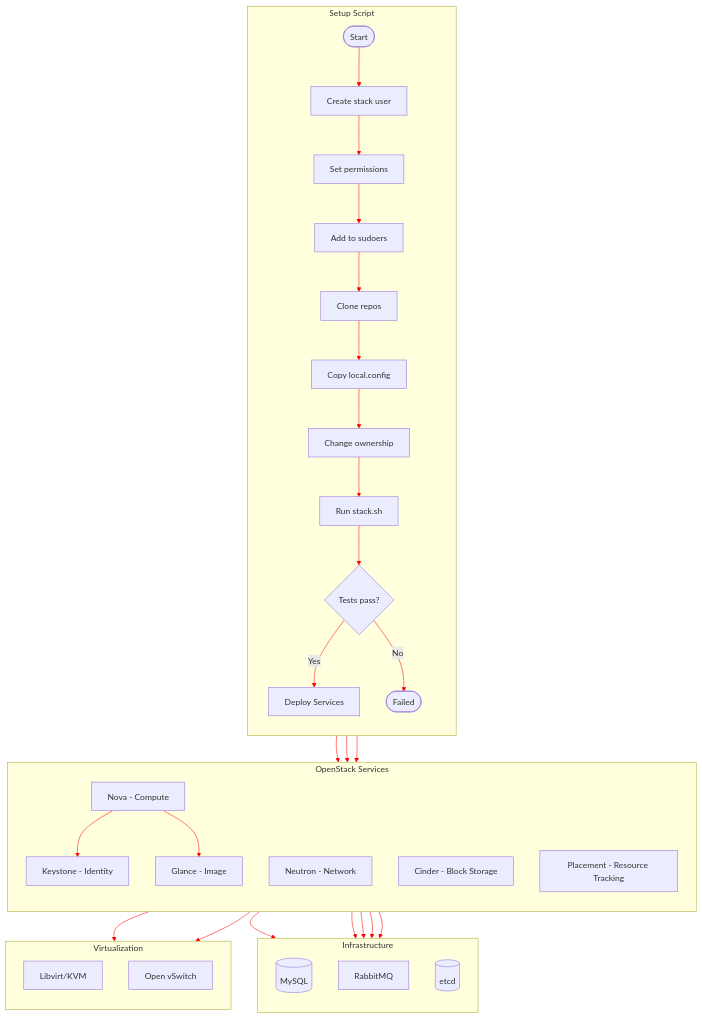
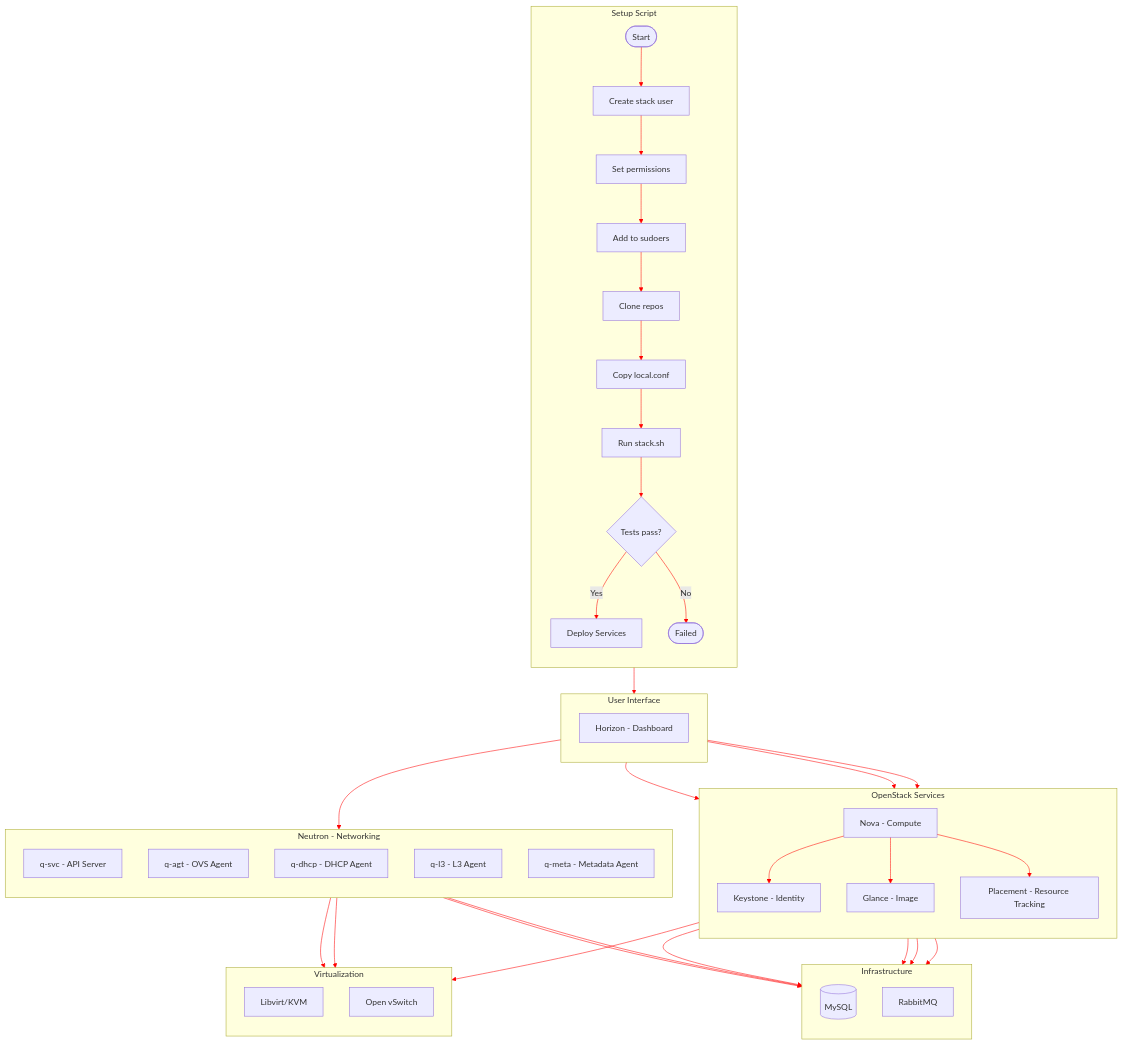
The diagram in README.md (4n4k1n/lvl3-cloud), drawn with Mermaid before and after one commit.

Commit message:
update: arch statemachine

````diff
--- a/README.md
+++ b/README.md
@@ -13,32 +13,40 @@
 flowchart TB
  subgraph Setup["Setup Script"]
     direction TB
+        Start(["Start"])
         CreateUser["Create stack user"]
-        Start(["Start"])
         SetPerms["Set permissions"]
         AddSudo["Add to sudoers"]
         CloneRepos["Clone repos"]
-        CopyConfig["Copy local.config"]
-        Chown["Change ownership"]
+        CopyConfig["Copy local.conf"]
         RunStack["Run stack.sh"]
         Tests{"Tests pass?"}
         Deploy["Deploy Services"]
         Error(["Failed"])
   end
+ subgraph UI["User Interface"]
+    direction TB
+        Horizon["Horizon - Dashboard"]
+  end
  subgraph OpenStack["OpenStack Services"]
     direction TB
         Keystone["Keystone - Identity"]
         Nova["Nova - Compute"]
-        Neutron["Neutron - Network"]
         Glance["Glance - Image"]
-        Cinder["Cinder - Block Storage"]
         Placement["Placement - Resource Tracking"]
+  end
+ subgraph Network["Neutron - Networking"]
+    direction TB
+        QSvc["q-svc - API Server"]
+        QAgt["q-agt - OVS Agent"]
+        QDhcp["q-dhcp - DHCP Agent"]
+        QL3["q-l3 - L3 Agent"]
+        QMeta["q-meta - Metadata Agent"]
   end
  subgraph Infra["Infrastructure"]
     direction TB
         MySQL[("MySQL")]
         RabbitMQ["RabbitMQ"]
-        Etcd[("etcd")]
   end
  subgraph Hypervisor["Virtualization"]
     direction TB
@@ -50,16 +58,18 @@
     SetPerms --> AddSudo
     AddSudo --> CloneRepos
     CloneRepos --> CopyConfig
-    CopyConfig --> Chown
-    Chown --> RunStack
+    CopyConfig --> RunStack
     RunStack --> Tests
     Tests -- Yes --> Deploy
     Tests -- No --> Error
-    Deploy --> Keystone & Nova & Neutron
-    Nova --> Keystone & RabbitMQ & MySQL & Glance & Libvirt
-    Neutron --> OVS & MySQL
+    Deploy --> Horizon
+    Horizon --> Keystone & Nova & Glance & QSvc
+    Nova --> Keystone & RabbitMQ & MySQL & Glance & Placement & Libvirt
+    QSvc --> MySQL & RabbitMQ
+    QAgt --> OVS
+    QL3 --> OVS
     Glance --> MySQL
-    Cinder --> MySQL
+    Placement --> MySQL
 
     linkStyle 0 stroke:#FF0000
     linkStyle 1 stroke:#FF0000
@@ -83,4 +93,8 @@
     linkStyle 19 stroke:#FF0000
     linkStyle 20 stroke:#FF0000
     linkStyle 21 stroke:#FF0000
+    linkStyle 22 stroke:#FF0000
+    linkStyle 23 stroke:#FF0000
+    linkStyle 24 stroke:#FF0000
+    linkStyle 25 stroke:#FF0000
 ```
````
